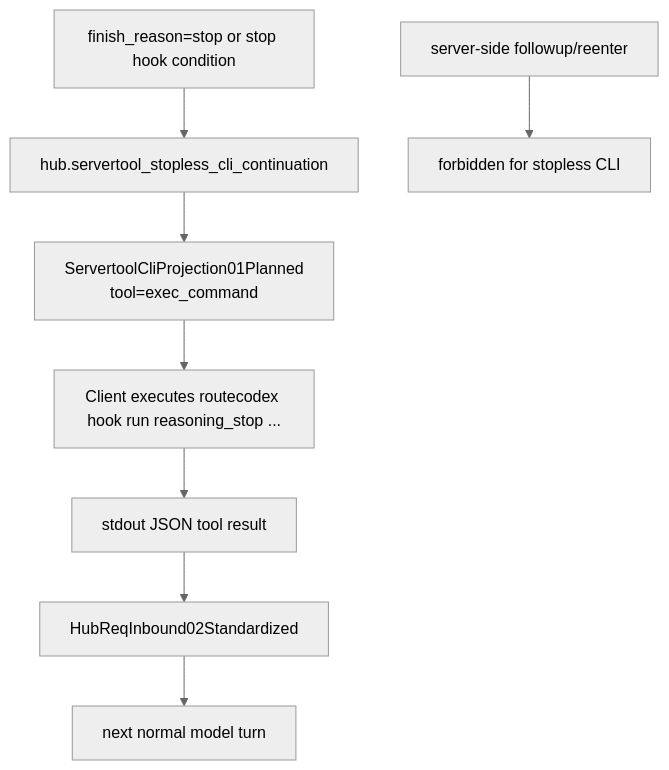
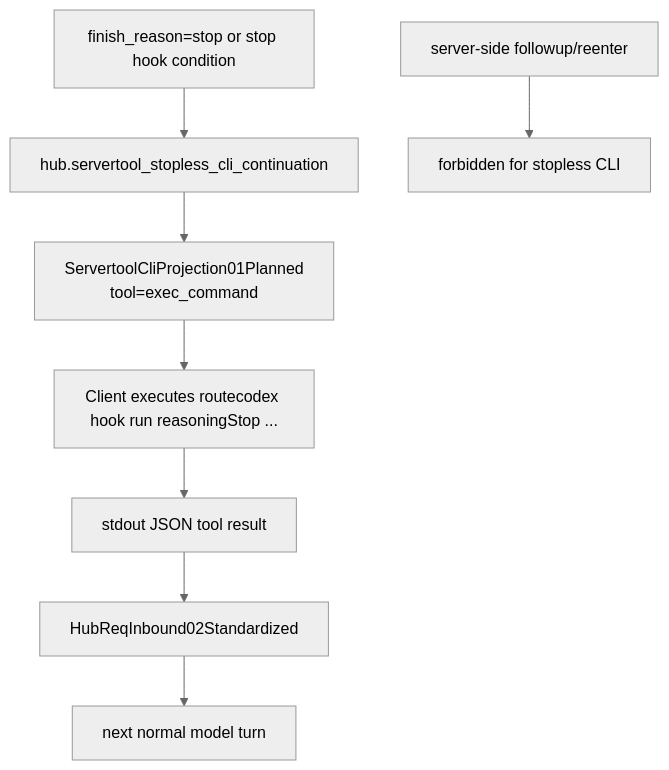
The third of 3 diagrams in docs/architecture/wiki/servertool-followup-call-graph.md (Jasonzhangf/routecodex), drawn with Mermaid (neutral theme) before and after one commit. The commit also changed other lines of this file and 19 other files, not shown here.

````diff
--- a/docs/architecture/wiki/servertool-followup-call-graph.md
+++ b/docs/architecture/wiki/servertool-followup-call-graph.md
@@ -108,11 +108,11 @@
 ```mermaid
 flowchart TD
   A["finish_reason=stop or stop hook condition"] --> B["hub.servertool_stopless_cli_continuation"]
   B --> C["ServertoolCliProjection01Planned<br/>tool=exec_command"]
-  C --> D["Client executes routecodex hook run reasoning_stop ..."]
+  C --> D["Client executes routecodex hook run reasoningStop ..."]
   D --> E["stdout JSON tool result"]
   E --> F["HubReqInbound02Standardized"]
   F --> G["next normal model turn"]
 
   H["server-side followup/reenter"] --> I["forbidden for stopless CLI"]
 ```
````
